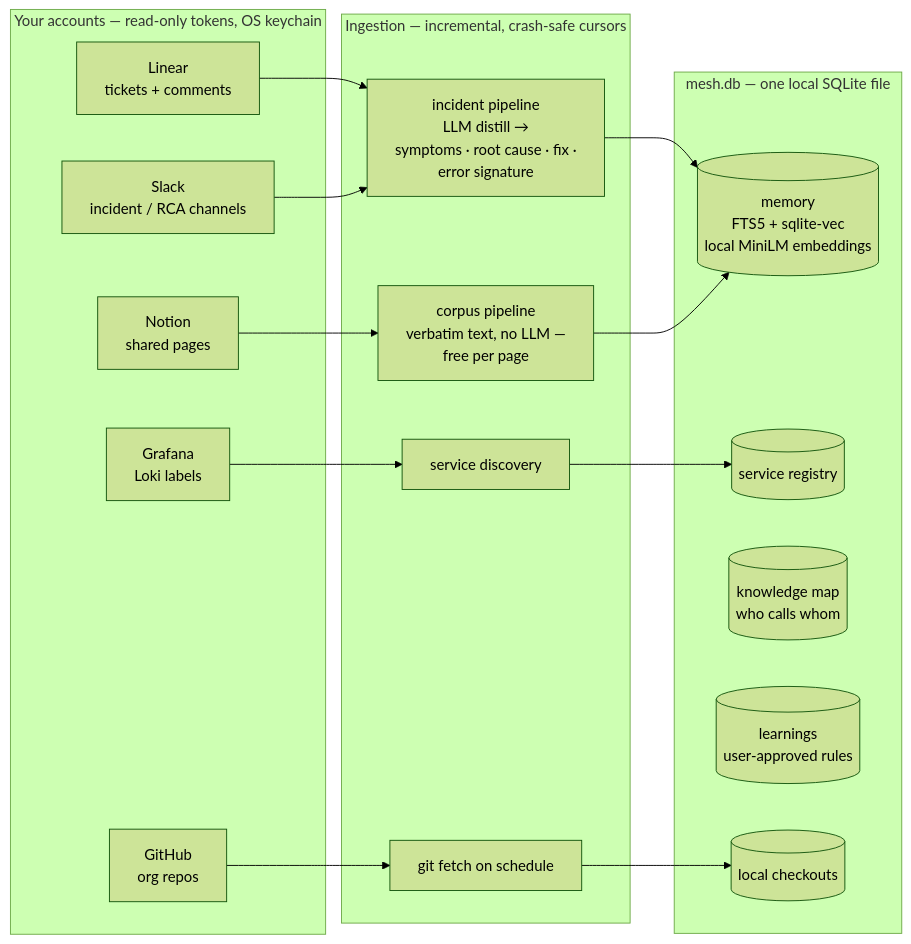
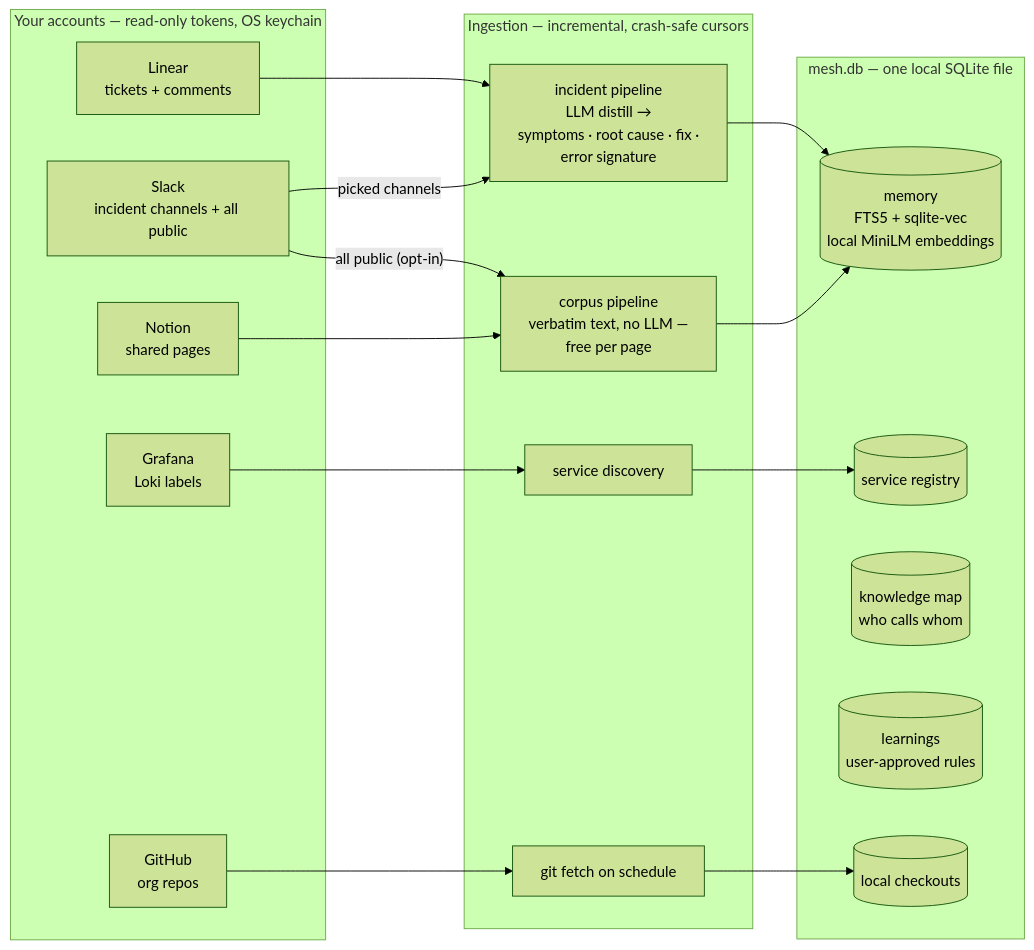
The first of 2 diagrams in README.md (kumarajay0412/mesh), drawn with Mermaid (forest theme) before and after one commit. The commit also changed other lines of this file and 11 other files, not shown here.

First line of the commit message:
Slack all-public-channels corpus (opt-in, verbatim, zero LLM cost)

````diff
--- a/README.md
+++ b/README.md
@@ -25,33 +25,34 @@
 ```mermaid
 flowchart LR
     subgraph accounts["Your accounts — read-only tokens, OS keychain"]
         LIN["Linear<br/>tickets + comments"]
-        SLK["Slack<br/>incident / RCA channels"]
+        SLK["Slack<br/>incident channels + all public"]
         NOT["Notion<br/>shared pages"]
         GRAF["Grafana<br/>Loki labels"]
         GIT["GitHub<br/>org repos"]
     end
 
     subgraph pipelines["Ingestion — incremental, crash-safe cursors"]
         DIST["incident pipeline<br/>LLM distill →<br/>symptoms · root cause · fix ·<br/>error signature"]
         CORP["corpus pipeline<br/>verbatim text, no LLM —<br/>free per page"]
         DISC["service discovery"]
         FETCH["git fetch on schedule"]
     end
 
     subgraph brain["mesh.db — one local SQLite file"]
         MEM[("memory<br/>FTS5 + sqlite-vec<br/>local MiniLM embeddings")]
         REG[("service registry")]
         MAP[("knowledge map<br/>who calls whom")]
         LRN[("learnings<br/>user-approved rules")]
         REPOS[("local checkouts")]
     end
 
     LIN --> DIST
-    SLK --> DIST
+    SLK -->|"picked channels"| DIST
+    SLK -->|"all public (opt-in)"| CORP
     NOT --> CORP
     DIST --> MEM
     CORP --> MEM
     GRAF --> DISC --> REG
     GIT --> FETCH --> REPOS
 ```
````
